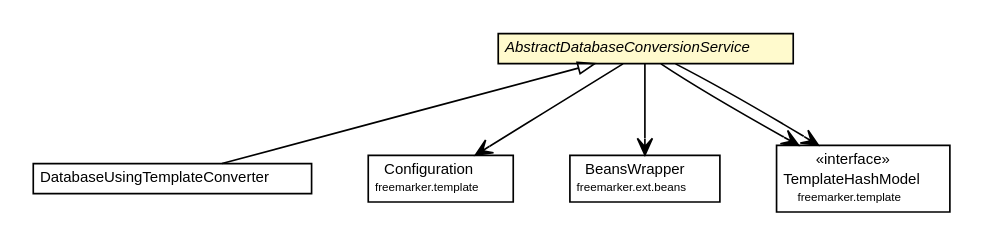
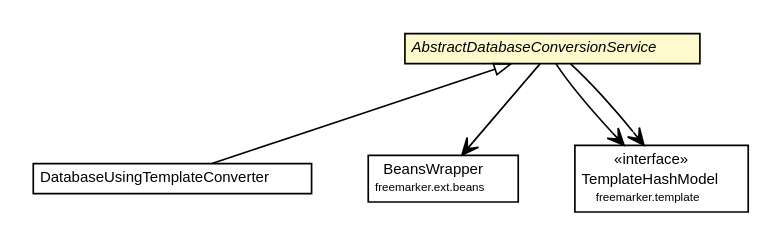
One commit to willmorejg/net.ljcomputing.database changed the diagram in docs/javadoc/apidocs/net/ljcomputing/database/servcie/impl/AbstractDatabaseConversionService.dot. Above: the diagram before and after it, drawn with Graphviz. The commit also changed 94 other files, not shown here.

```diff
--- a/docs/javadoc/apidocs/net/ljcomputing/database/servcie/impl/AbstractDatabaseConversionService.dot
+++ b/docs/javadoc/apidocs/net/ljcomputing/database/servcie/impl/AbstractDatabaseConversionService.dot
@@ -1,56 +1,47 @@
 #!/usr/local/bin/dot
 #
 # Class diagram 
 # Generated by UMLGraph version R5_6 (http://www.umlgraph.org/)
 #
 
 digraph G {
 	edge [fontname="Helvetica",fontsize=10,labelfontname="Helvetica",labelfontsize=10];
 	node [fontname="Helvetica",fontsize=10,shape=plaintext];
 	nodesep=0.25;
 	ranksep=0.5;
 	// net.ljcomputing.database.servcie.impl.DatabaseUsingTemplateConverter
-	c79 [label=<<table title="net.ljcomputing.database.servcie.impl.DatabaseUsingTemplateConverter" border="0" cellborder="1" cellspacing="0" cellpadding="2" port="p" href="./DatabaseUsingTemplateConverter.html">
+	c287 [label=<<table title="net.ljcomputing.database.servcie.impl.DatabaseUsingTemplateConverter" border="0" cellborder="1" cellspacing="0" cellpadding="2" port="p" href="./DatabaseUsingTemplateConverter.html">
 		<tr><td><table border="0" cellspacing="0" cellpadding="1">
 <tr><td align="center" balign="center"> DatabaseUsingTemplateConverter </td></tr>
 		</table></td></tr>
 		</table>>, URL="./DatabaseUsingTemplateConverter.html", fontname="Helvetica", fontcolor="black", fontsize=9.0];
 	// net.ljcomputing.database.servcie.impl.AbstractDatabaseConversionService
-	c80 [label=<<table title="net.ljcomputing.database.servcie.impl.AbstractDatabaseConversionService" border="0" cellborder="1" cellspacing="0" cellpadding="2" port="p" bgcolor="lemonChiffon" href="./AbstractDatabaseConversionService.html">
+	c288 [label=<<table title="net.ljcomputing.database.servcie.impl.AbstractDatabaseConversionService" border="0" cellborder="1" cellspacing="0" cellpadding="2" port="p" bgcolor="lemonChiffon" href="./AbstractDatabaseConversionService.html">
 		<tr><td><table border="0" cellspacing="0" cellpadding="1">
 <tr><td align="center" balign="center"><font face="Helvetica-Oblique"> AbstractDatabaseConversionService </font></td></tr>
 		</table></td></tr>
 		</table>>, URL="./AbstractDatabaseConversionService.html", fontname="Helvetica", fontcolor="black", fontsize=9.0];
 	//net.ljcomputing.database.servcie.impl.DatabaseUsingTemplateConverter extends net.ljcomputing.database.servcie.impl.AbstractDatabaseConversionService
-	c80:p -> c79:p [dir=back,arrowtail=empty];
-	// net.ljcomputing.database.servcie.impl.AbstractDatabaseConversionService NAVASSOC freemarker.template.Configuration
-	c80:p -> c111:p [taillabel="", label="", headlabel="", fontname="Helvetica", fontcolor="black", fontsize=10.0, color="black", arrowhead=open];
+	c288:p -> c287:p [dir=back,arrowtail=empty];
 	// net.ljcomputing.database.servcie.impl.AbstractDatabaseConversionService NAVASSOC freemarker.ext.beans.BeansWrapper
-	c80:p -> c129:p [taillabel="", label="", headlabel="", fontname="Helvetica", fontcolor="black", fontsize=10.0, color="black", arrowhead=open];
+	c288:p -> c370:p [taillabel="", label="", headlabel="", fontname="Helvetica", fontcolor="black", fontsize=10.0, color="black", arrowhead=open];
 	// net.ljcomputing.database.servcie.impl.AbstractDatabaseConversionService NAVASSOC freemarker.template.TemplateHashModel
-	c80:p -> c130:p [taillabel="", label="", headlabel="", fontname="Helvetica", fontcolor="black", fontsize=10.0, color="black", arrowhead=open];
+	c288:p -> c371:p [taillabel="", label="", headlabel="", fontname="Helvetica", fontcolor="black", fontsize=10.0, color="black", arrowhead=open];
 	// net.ljcomputing.database.servcie.impl.AbstractDatabaseConversionService NAVASSOC freemarker.template.TemplateHashModel
-	c80:p -> c130:p [taillabel="", label="", headlabel="", fontname="Helvetica", fontcolor="black", fontsize=10.0, color="black", arrowhead=open];
+	c288:p -> c371:p [taillabel="", label="", headlabel="", fontname="Helvetica", fontcolor="black", fontsize=10.0, color="black", arrowhead=open];
 	// freemarker.ext.beans.BeansWrapper
-	c129 [label=<<table title="freemarker.ext.beans.BeansWrapper" border="0" cellborder="1" cellspacing="0" cellpadding="2" port="p">
+	c370 [label=<<table title="freemarker.ext.beans.BeansWrapper" border="0" cellborder="1" cellspacing="0" cellpadding="2" port="p">
 		<tr><td><table border="0" cellspacing="0" cellpadding="1">
 <tr><td align="center" balign="center"> BeansWrapper </td></tr>
 <tr><td align="center" balign="center"><font point-size="7.0"> freemarker.ext.beans </font></td></tr>
 		</table></td></tr>
 		</table>>, URL="null", fontname="Helvetica", fontcolor="black", fontsize=9.0];
 	// freemarker.template.TemplateHashModel
-	c130 [label=<<table title="freemarker.template.TemplateHashModel" border="0" cellborder="1" cellspacing="0" cellpadding="2" port="p">
+	c371 [label=<<table title="freemarker.template.TemplateHashModel" border="0" cellborder="1" cellspacing="0" cellpadding="2" port="p">
 		<tr><td><table border="0" cellspacing="0" cellpadding="1">
 <tr><td align="center" balign="center"> &#171;interface&#187; </td></tr>
 <tr><td align="center" balign="center"> TemplateHashModel </td></tr>
 <tr><td align="center" balign="center"><font point-size="7.0"> freemarker.template </font></td></tr>
 		</table></td></tr>
 		</table>>, URL="null", fontname="Helvetica", fontcolor="black", fontsize=9.0];
-	// freemarker.template.Configuration
-	c111 [label=<<table title="freemarker.template.Configuration" border="0" cellborder="1" cellspacing="0" cellpadding="2" port="p">
-		<tr><td><table border="0" cellspacing="0" cellpadding="1">
-<tr><td align="center" balign="center"> Configuration </td></tr>
-<tr><td align="center" balign="center"><font point-size="7.0"> freemarker.template </font></td></tr>
-		</table></td></tr>
-		</table>>, URL="null", fontname="Helvetica", fontcolor="black", fontsize=9.0];
 }
```
